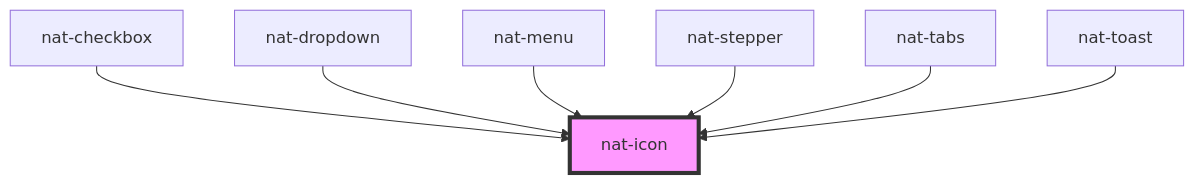
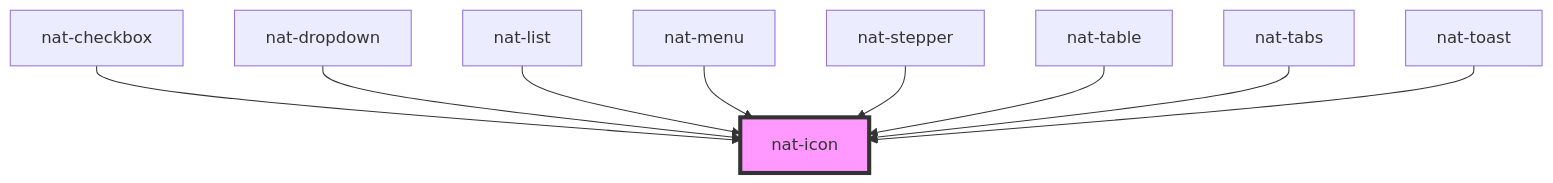
Before and after one commit to tuongna/nat-ui: the diagram in src/components/nat-icon/readme.md, drawn with Mermaid. The commit also changed other lines of this file and 4 other files, not shown here.

````diff
--- a/src/components/nat-icon/readme.md
+++ b/src/components/nat-icon/readme.md
@@ -43,10 +45,12 @@
 ```mermaid
 graph TD;
   nat-checkbox --> nat-icon
   nat-dropdown --> nat-icon
+  nat-list --> nat-icon
   nat-menu --> nat-icon
   nat-stepper --> nat-icon
+  nat-table --> nat-icon
   nat-tabs --> nat-icon
   nat-toast --> nat-icon
   style nat-icon fill:#f9f,stroke:#333,stroke-width:4px
 ```
````
